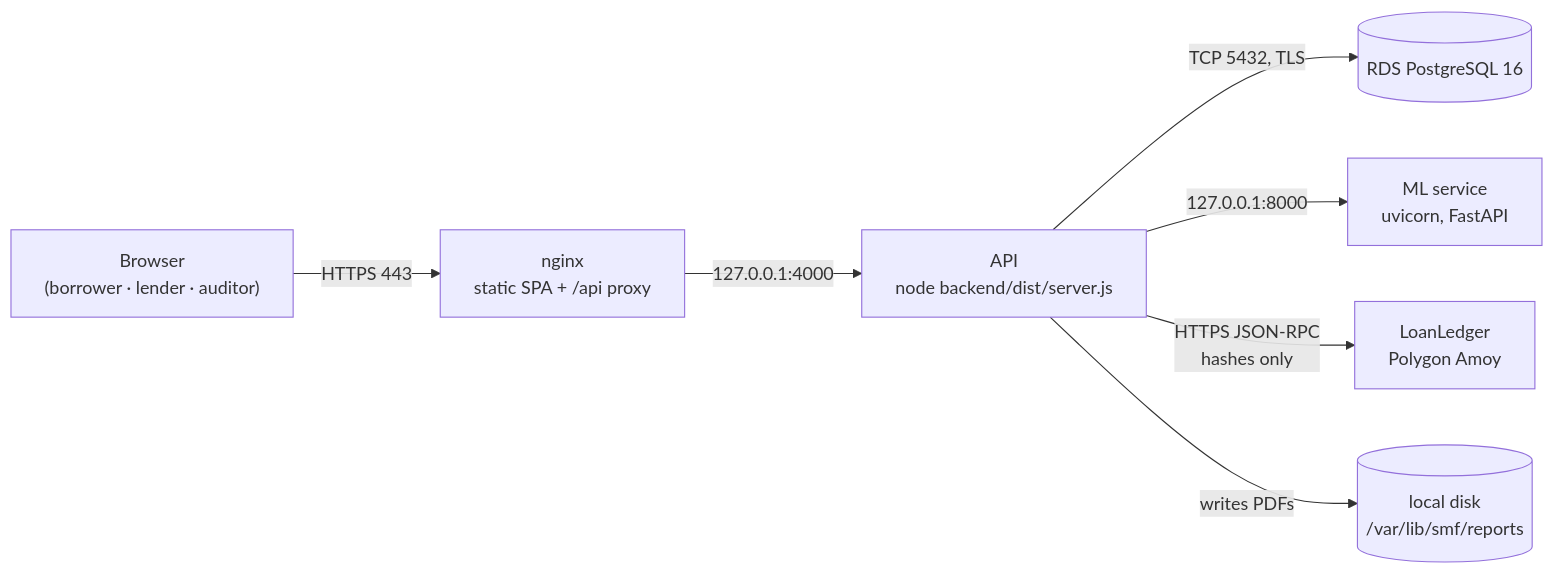
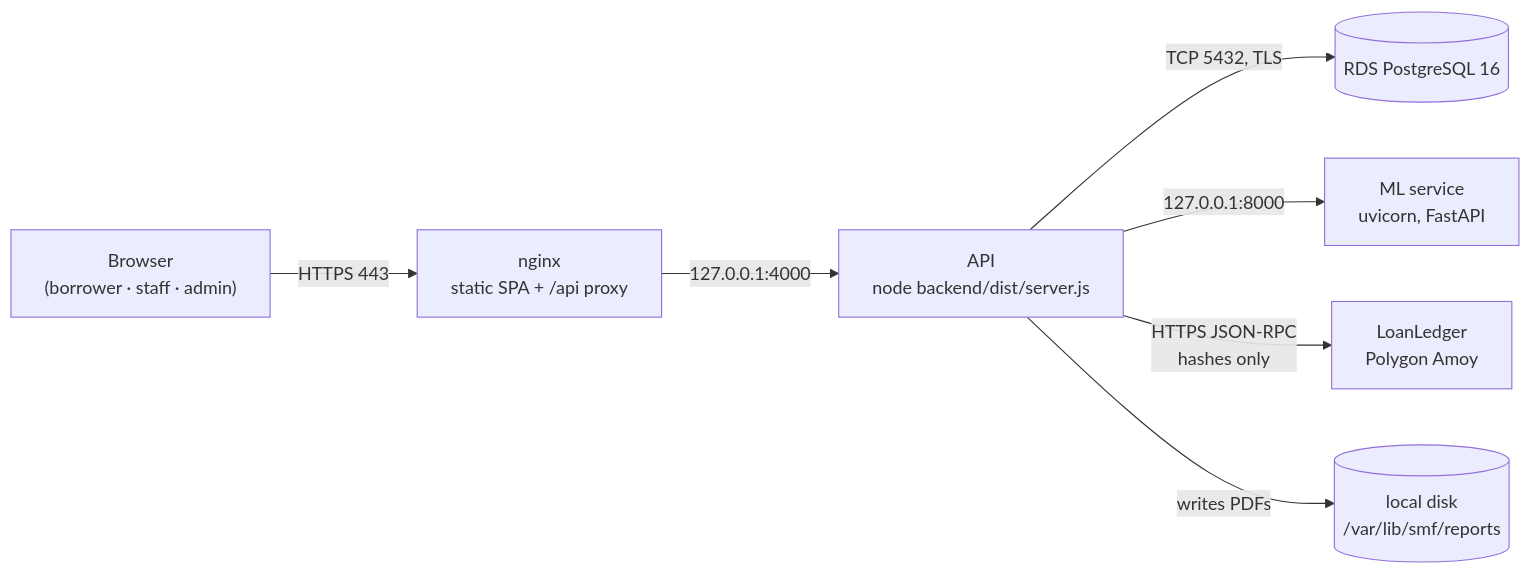
The diagram in docs/DEPLOYMENT.md (MelewaMathan/finance), drawn with Mermaid before and after one commit. The commit also changed other lines of this file and 53 other files, not shown here.

````diff
--- a/docs/DEPLOYMENT.md
+++ b/docs/DEPLOYMENT.md
@@ -13,9 +13,9 @@
 ```mermaid
 flowchart LR
-    U["Browser<br/>(borrower · lender · auditor)"] -->|"HTTPS 443"| N["nginx<br/>static SPA + /api proxy"]
+    U["Browser<br/>(borrower · staff · admin)"] -->|"HTTPS 443"| N["nginx<br/>static SPA + /api proxy"]
     N -->|"127.0.0.1:4000"| A["API<br/>node backend/dist/server.js"]
     A -->|"TCP 5432, TLS"| R[("RDS PostgreSQL 16")]
     A -->|"127.0.0.1:8000"| M["ML service<br/>uvicorn, FastAPI"]
     A -->|"HTTPS JSON-RPC<br/>hashes only"| C["LoanLedger<br/>Polygon Amoy"]
     A -->|"writes PDFs"| F[("local disk<br/>/var/lib/smf/reports")]
 ```
````
